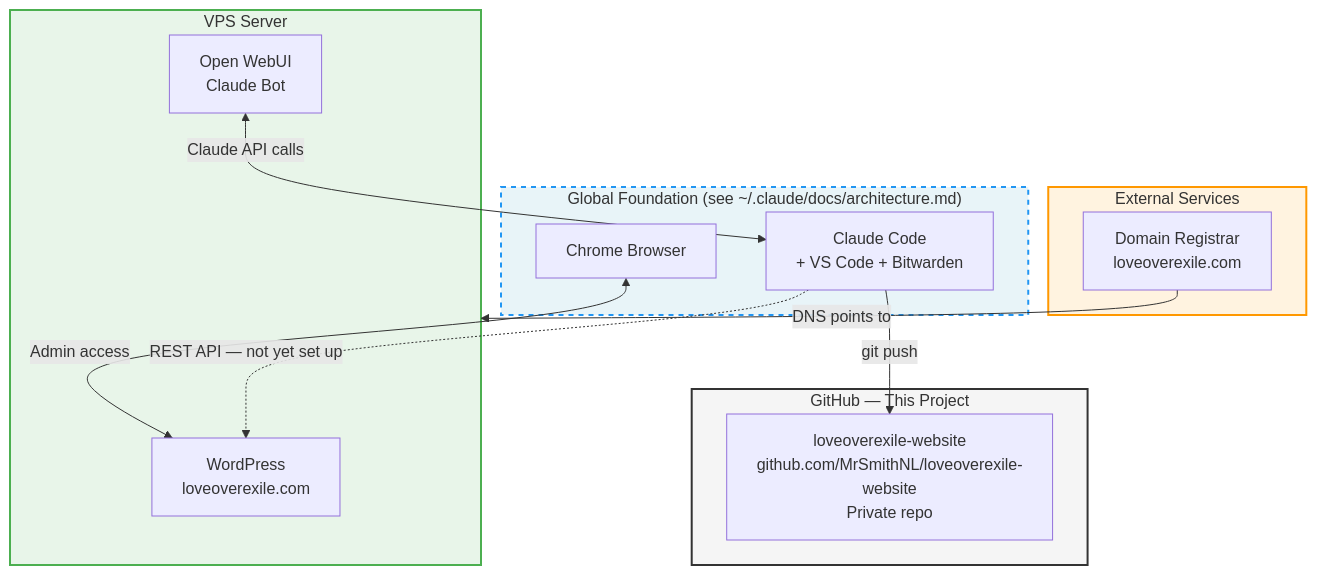
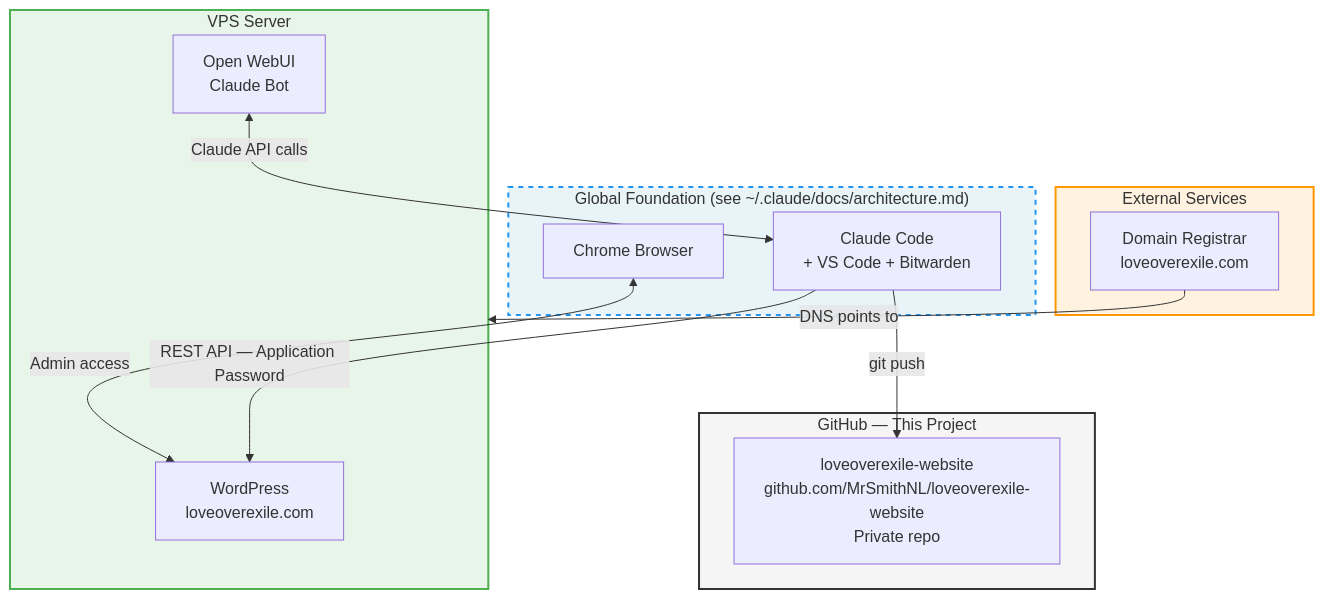
The diagram in docs/architecture.md (MrSmithNL/loveoverexile-website), drawn with Mermaid before and after one commit. The commit also changed other lines of this file and 2 other files, not shown here.

First line of the commit message:
Connect WordPress REST API — application password set up and tested

````diff
--- a/docs/architecture.md
+++ b/docs/architecture.md
@@ -13,31 +13,31 @@
 ```mermaid
 graph TD
     subgraph GLOBAL["Global Foundation (see ~/.claude/docs/architecture.md)"]
         CC[Claude Code<br/>+ VS Code + Bitwarden]
         BROWSER[Chrome Browser]
     end
 
     subgraph VPS["VPS Server"]
         WP[WordPress<br/>loveoverexile.com]
         OWUI[Open WebUI<br/>Claude Bot]
     end
 
     subgraph GITHUB_PROJECT["GitHub — This Project"]
         REPO[loveoverexile-website<br/>github.com/MrSmithNL/loveoverexile-website<br/>Private repo]
     end
 
     subgraph EXTERNAL["External Services"]
         DOMAIN[Domain Registrar<br/>loveoverexile.com]
     end
 
     CC -->|git push| REPO
     BROWSER <-->|Admin access| WP
-    CC -.->|REST API — not yet set up| WP
+    CC -->|REST API — Application Password| WP
     DOMAIN -->|DNS points to| VPS
     OWUI <-->|Claude API calls| CC
 
     style GLOBAL fill:#e8f4f8,stroke:#2196F3,stroke-width:2px,stroke-dasharray:5 5
     style VPS fill:#e8f5e9,stroke:#4CAF50,stroke-width:2px
     style GITHUB_PROJECT fill:#f5f5f5,stroke:#333,stroke-width:2px
     style EXTERNAL fill:#fff3e0,stroke:#FF9800,stroke-width:2px
 ```
````
